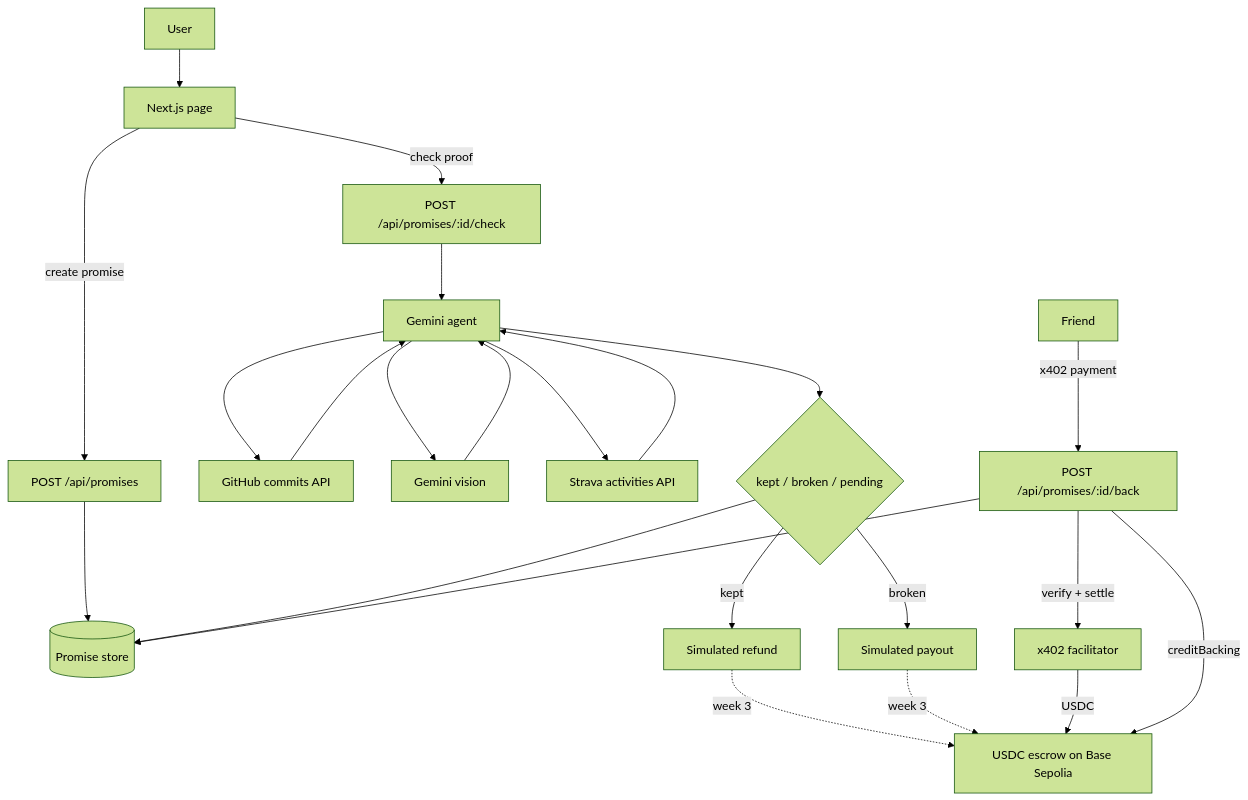
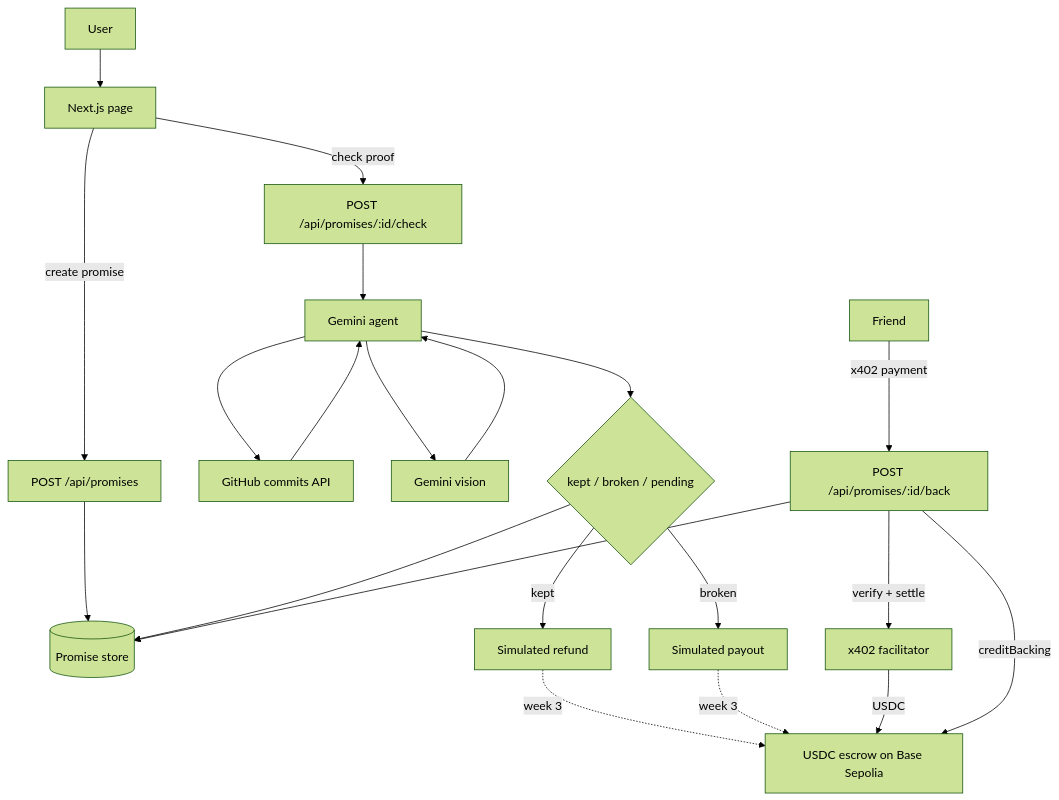
Before and after one commit to NotAditya01/agentswappy: the diagram in README.md, drawn with Mermaid (forest theme). The commit also changed other lines of this file and 8 other files, not shown here.

````diff
--- a/README.md
+++ b/README.md
@@ -42,25 +42,23 @@
 ```mermaid
 flowchart TD
   User["User"] --> UI["Next.js page"]
   UI -->|create promise| API["POST /api/promises"]
   API --> Store[("Promise store")]
   UI -->|check proof| Check["POST /api/promises/:id/check"]
   Check --> Agent["Gemini agent"]
   Agent --> GH["GitHub commits API"]
   Agent --> Vision["Gemini vision"]
-  Agent --> Strava["Strava activities API"]
   GH --> Agent
   Vision --> Agent
-  Strava --> Agent
   Agent --> Verdict{"kept / broken / pending"}
   Verdict -->|kept| Refund["Simulated refund"]
   Verdict -->|broken| Payout["Simulated payout"]
   Verdict --> Store
   Refund -.->|week 3| Chain["USDC escrow on Base Sepolia"]
   Payout -.->|week 3| Chain
   Friend["Friend"] -->|x402 payment| Back["POST /api/promises/:id/back"]
   Back -->|verify + settle| Facilitator["x402 facilitator"]
   Facilitator -->|USDC| Chain
   Back -->|creditBacking| Chain
   Back --> Store
 ```
````
